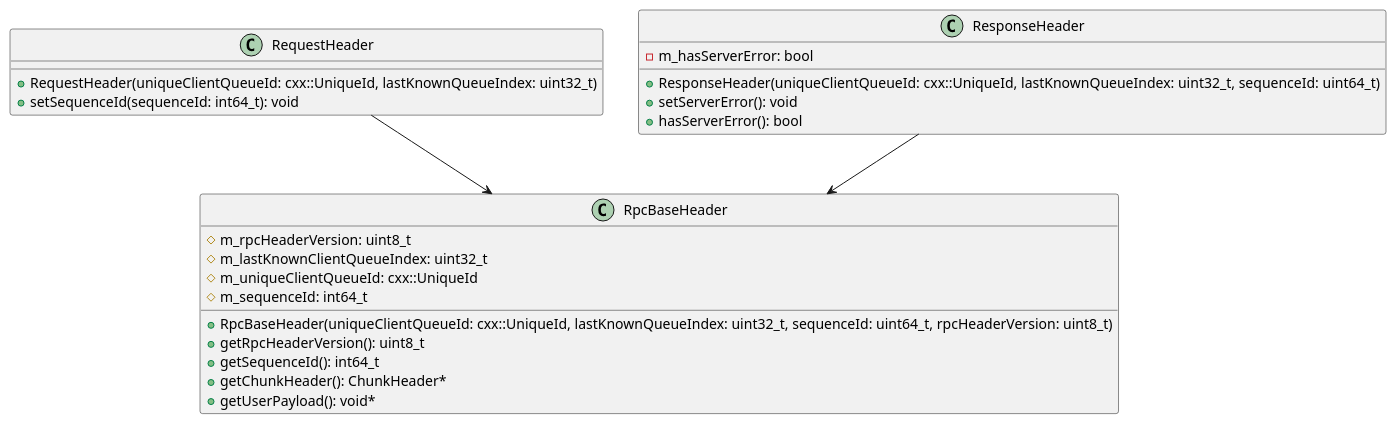
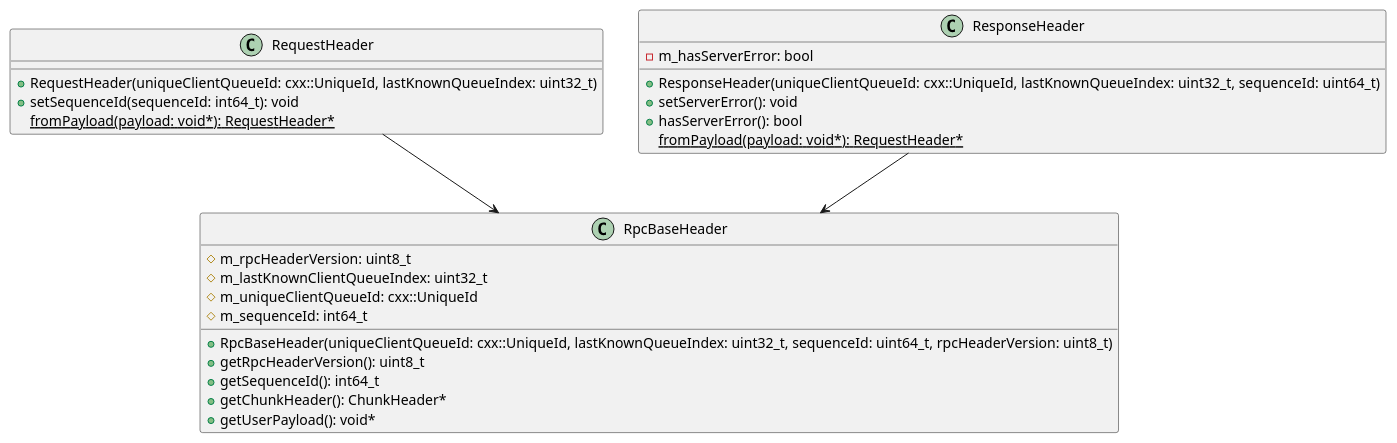
One commit to eclipse-iceoryx/iceoryx changed the diagram in doc/design/diagrams/request_response/request_response_header.puml. Above: the diagram before and after it, drawn with PlantUML. The commit also changed 4 other files, not shown here.

Commit message:
iox-#743 Adjust plant uml diagrams

```diff
--- a/doc/design/diagrams/request_response/request_response_header.puml
+++ b/doc/design/diagrams/request_response/request_response_header.puml
@@ -1,30 +1,32 @@
 @startuml
 
 class RpcBaseHeader {
   + RpcBaseHeader(uniqueClientQueueId: cxx::UniqueId, lastKnownQueueIndex: uint32_t, sequenceId: uint64_t, rpcHeaderVersion: uint8_t)
   + getRpcHeaderVersion(): uint8_t
   + getSequenceId(): int64_t
   + getChunkHeader(): ChunkHeader*
   + getUserPayload(): void*
   # m_rpcHeaderVersion: uint8_t
   # m_lastKnownClientQueueIndex: uint32_t
   # m_uniqueClientQueueId: cxx::UniqueId
   # m_sequenceId: int64_t
 }
 
 class RequestHeader {
   + RequestHeader(uniqueClientQueueId: cxx::UniqueId, lastKnownQueueIndex: uint32_t)
   + setSequenceId(sequenceId: int64_t): void
+  {static} fromPayload(payload: void*): RequestHeader*
 }
 
 class ResponseHeader {
   + ResponseHeader(uniqueClientQueueId: cxx::UniqueId, lastKnownQueueIndex: uint32_t, sequenceId: uint64_t)
   + setServerError(): void
   + hasServerError(): bool
+  {static} fromPayload(payload: void*): RequestHeader*
   - m_hasServerError: bool
 }
 
 RequestHeader --> RpcBaseHeader
 ResponseHeader --> RpcBaseHeader
 
 @enduml
```
